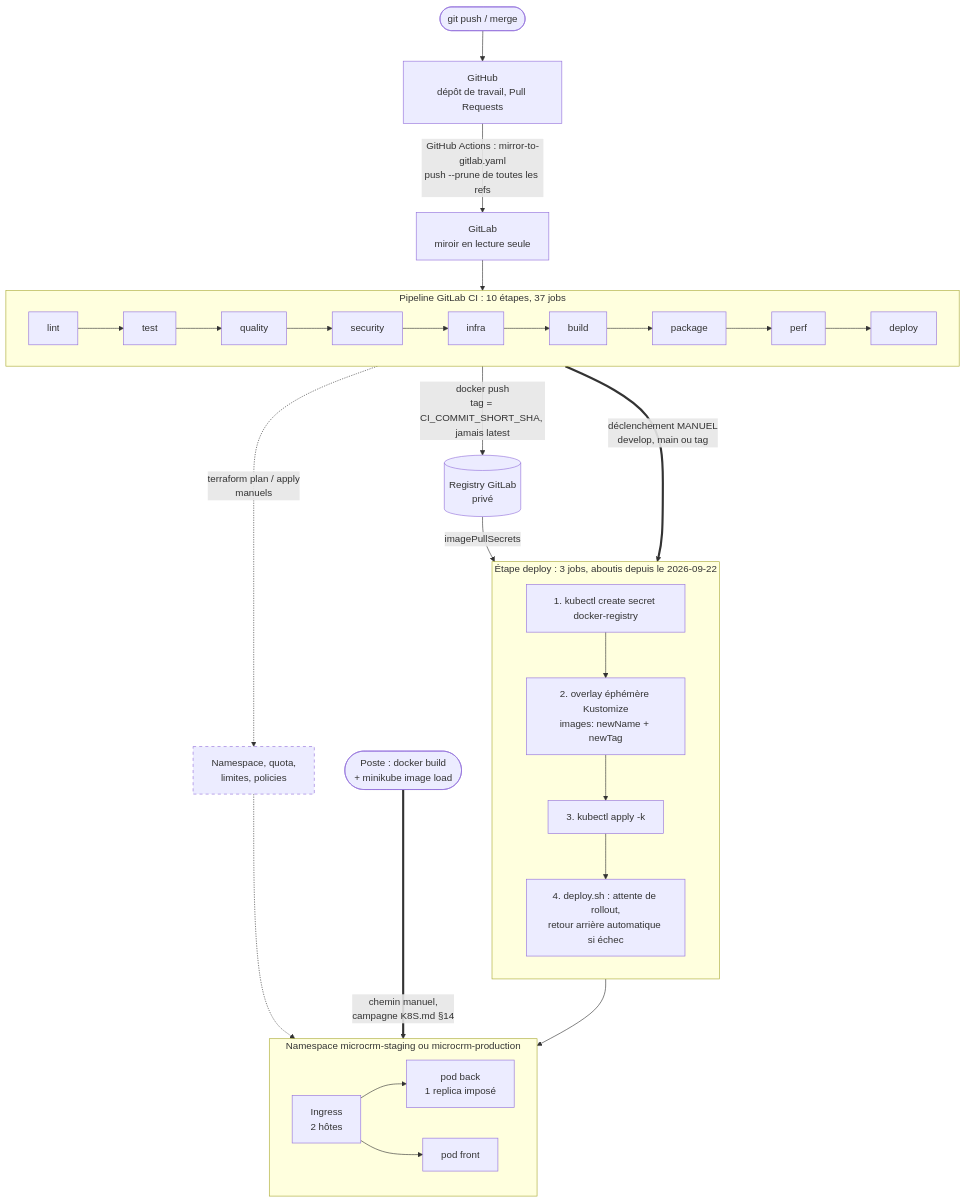
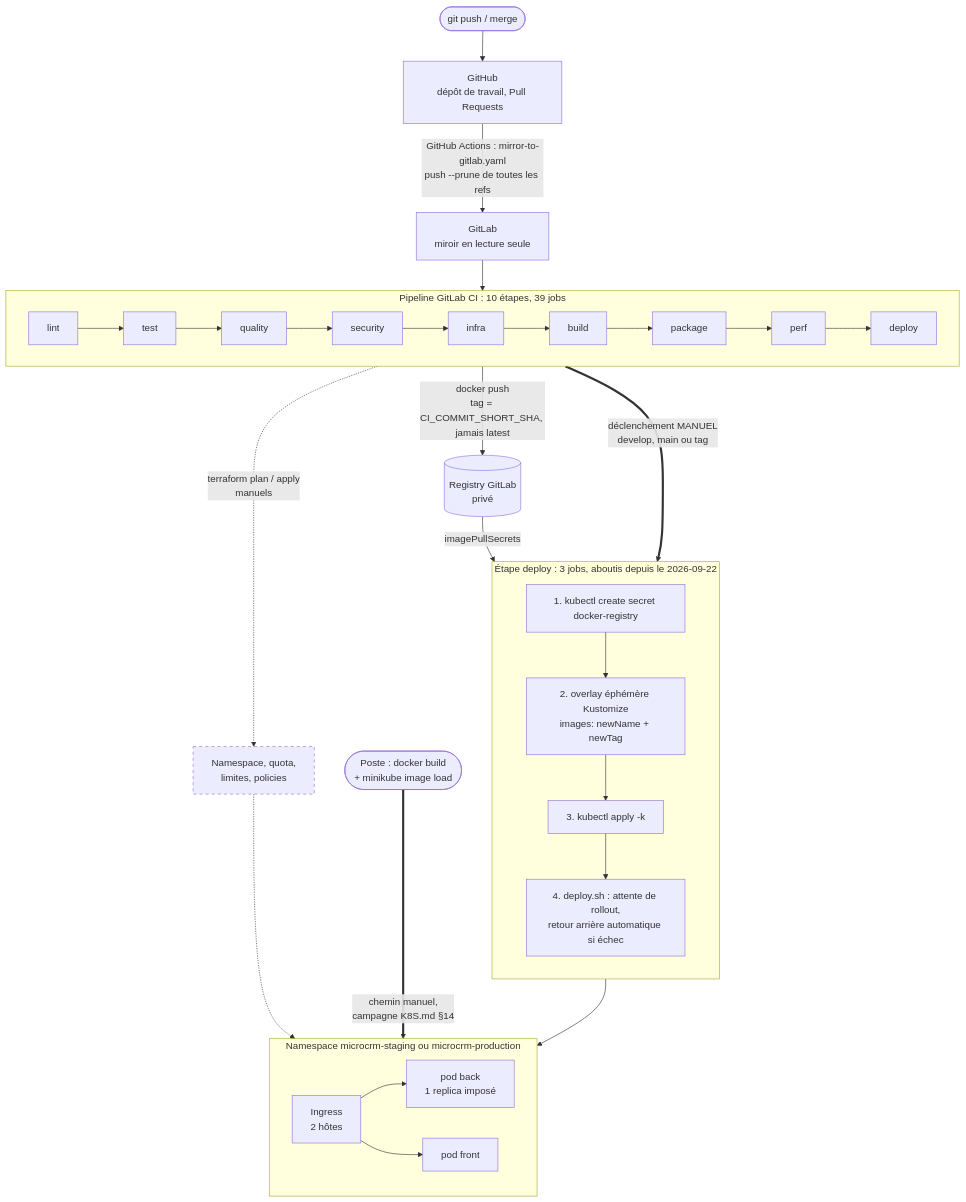
The sixth of 9 diagrams in ARCHITECTURE.md (TedPasquiet/G-rez-le-cycle-de-vie-de-d-veloppement-logiciel), drawn with Mermaid before and after one commit. The commit also changed other lines of this file and 33 other files, not shown here.

````diff
--- a/ARCHITECTURE.md
+++ b/ARCHITECTURE.md
@@ -290,43 +299,43 @@
 ```mermaid
 flowchart TB
     dev(["git push / merge"]) --> gh["GitHub<br/>dépôt de travail, Pull Requests"]
     gh -->|"GitHub Actions : mirror-to-gitlab.yaml<br/>push --prune de toutes les refs"| gl["GitLab<br/>miroir en lecture seule"]
     gl --> pipe
 
-    subgraph pipe["Pipeline GitLab CI : 10 étapes, 37 jobs"]
+    subgraph pipe["Pipeline GitLab CI : 10 étapes, 39 jobs"]
         direction LR
         s1["lint"] --> s2["test"] --> s3["quality"] --> s4["security"] --> s5["infra"] --> s6["build"] --> s7["package"] --> s8["perf"] --> s9["deploy"]
     end
 
     s7 -->|"docker push<br/>tag = CI_COMMIT_SHORT_SHA, jamais latest"| reg[("Registry GitLab<br/>privé")]
     s5 -.->|"terraform plan / apply<br/>manuels"| tf["Namespace, quota,<br/>limites, policies"]
 
     s9 == "déclenchement MANUEL<br/>develop, main ou tag" ==> jobs
 
     subgraph jobs["Étape deploy : 3 jobs, aboutis depuis le 2026-09-22"]
         direction TB
         j1["1. kubectl create secret docker-registry"]
         j2["2. overlay éphémère Kustomize<br/>images: newName + newTag"]
         j3["3. kubectl apply -k"]
         j4["4. deploy.sh : attente de rollout,<br/>retour arrière automatique si échec"]
         j1 --> j2 --> j3 --> j4
     end
 
     reg -->|"imagePullSecrets"| j3
     tf -.-> ns
     j4 --> ns
 
     subgraph ns["Namespace microcrm-staging ou microcrm-production"]
         direction LR
         ing["Ingress<br/>2 hôtes"]
         pb["pod back<br/>1 replica imposé"]
         pf["pod front"]
         ing --> pb
         ing --> pf
     end
 
     poste(["Poste : docker build<br/>+ minikube image load"]) ==>|"chemin manuel,<br/>campagne K8S.md §14"| ns
 
     classDef jamais stroke-dasharray: 5 5;
     class tf jamais;
 ```
````
